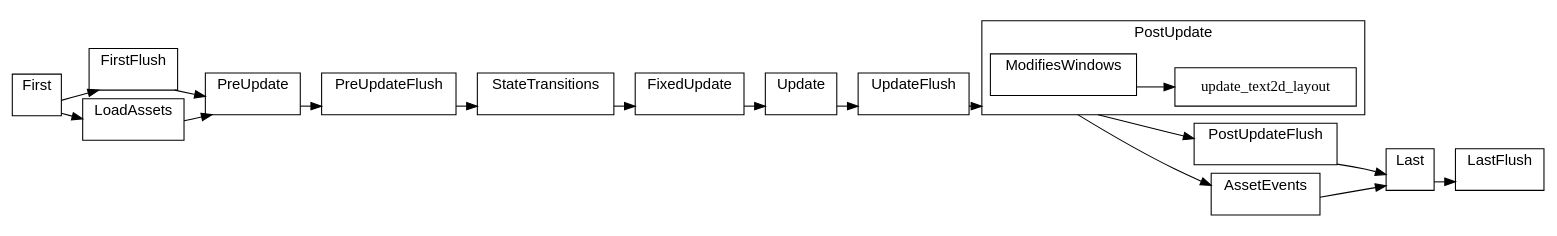
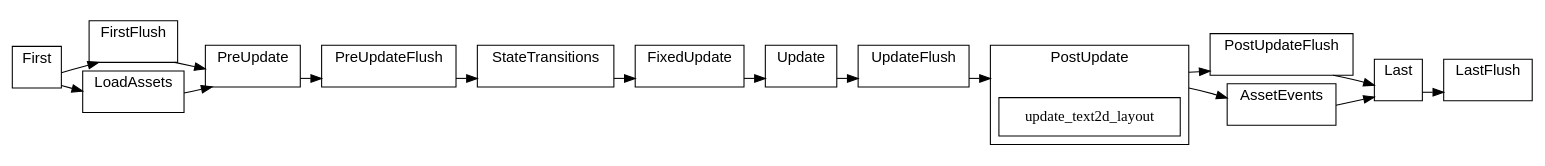
One commit to jakobhellermann/bevy_mod_debugdump changed the diagram in docs/by-crate/light/schedule_Main_bevy_text.dot. Above: the diagram before and after it, drawn with Graphviz. The commit also changed 35 other files, not shown here.

```diff
--- a/docs/by-crate/light/schedule_Main_bevy_text.dot
+++ b/docs/by-crate/light/schedule_Main_bevy_text.dot
@@ -1,116 +1,109 @@
 digraph "schedule" {
 	"compound"="true";
 	"splines"="spline";
 	"rankdir"="LR";
 	"bgcolor"="white";
 	"fontname"="Helvetica";
 	node ["shape"="box", "style"="filled", "fillcolor"="white", "color"="black"];
 	edge ["color"="black"];
 	subgraph "clusternode_Set(0)" {
 		"label"="Update";
 		"bgcolor"="white";
 		"set_marker_node_Set(0)" ["style"="invis", "label"="", "height"="0", "shape"="point"]
 	}
 	
 	subgraph "clusternode_Set(2)" {
 		"label"="FirstFlush";
 		"bgcolor"="white";
 		"set_marker_node_Set(2)" ["style"="invis", "label"="", "height"="0", "shape"="point"]
 	}
 	
 	subgraph "clusternode_Set(3)" {
 		"label"="PreUpdateFlush";
 		"bgcolor"="white";
 		"set_marker_node_Set(3)" ["style"="invis", "label"="", "height"="0", "shape"="point"]
 	}
 	
 	subgraph "clusternode_Set(4)" {
 		"label"="UpdateFlush";
 		"bgcolor"="white";
 		"set_marker_node_Set(4)" ["style"="invis", "label"="", "height"="0", "shape"="point"]
 	}
 	
 	subgraph "clusternode_Set(5)" {
 		"label"="PostUpdateFlush";
 		"bgcolor"="white";
 		"set_marker_node_Set(5)" ["style"="invis", "label"="", "height"="0", "shape"="point"]
 	}
 	
 	subgraph "clusternode_Set(6)" {
 		"label"="LastFlush";
 		"bgcolor"="white";
 		"set_marker_node_Set(6)" ["style"="invis", "label"="", "height"="0", "shape"="point"]
 	}
 	
 	subgraph "clusternode_Set(7)" {
 		"label"="First";
 		"bgcolor"="white";
 		"set_marker_node_Set(7)" ["style"="invis", "label"="", "height"="0", "shape"="point"]
 	}
 	
 	subgraph "clusternode_Set(8)" {
 		"label"="PreUpdate";
 		"bgcolor"="white";
 		"set_marker_node_Set(8)" ["style"="invis", "label"="", "height"="0", "shape"="point"]
 	}
 	
 	subgraph "clusternode_Set(9)" {
 		"label"="StateTransitions";
 		"bgcolor"="white";
 		"set_marker_node_Set(9)" ["style"="invis", "label"="", "height"="0", "shape"="point"]
 	}
 	
 	subgraph "clusternode_Set(10)" {
 		"label"="FixedUpdate";
 		"bgcolor"="white";
 		"set_marker_node_Set(10)" ["style"="invis", "label"="", "height"="0", "shape"="point"]
 	}
 	
 	subgraph "clusternode_Set(11)" {
 		"label"="PostUpdate";
 		"bgcolor"="white";
 		"set_marker_node_Set(11)" ["style"="invis", "label"="", "height"="0", "shape"="point"]
-		subgraph "clusternode_Set(70)" {
-			"label"="ModifiesWindows";
-			"bgcolor"="white";
-			"set_marker_node_Set(70)" ["style"="invis", "label"="", "height"="0", "shape"="point"]
-		}
-		
 		"node_System(94)" ["label"="update_text2d_layout"]
 	}
 	
 	subgraph "clusternode_Set(12)" {
 		"label"="Last";
 		"bgcolor"="white";
 		"set_marker_node_Set(12)" ["style"="invis", "label"="", "height"="0", "shape"="point"]
 	}
 	
 	subgraph "clusternode_Set(58)" {
 		"label"="LoadAssets";
 		"bgcolor"="white";
 		"set_marker_node_Set(58)" ["style"="invis", "label"="", "height"="0", "shape"="point"]
 	}
 	
 	subgraph "clusternode_Set(59)" {
 		"label"="AssetEvents";
 		"bgcolor"="white";
 		"set_marker_node_Set(59)" ["style"="invis", "label"="", "height"="0", "shape"="point"]
 	}
 	
 	"set_marker_node_Set(7)" -> "set_marker_node_Set(2)" ["lhead"="clusternode_Set(2)", "ltail"="clusternode_Set(7)"]
 	"set_marker_node_Set(2)" -> "set_marker_node_Set(8)" ["lhead"="clusternode_Set(8)", "ltail"="clusternode_Set(2)"]
 	"set_marker_node_Set(8)" -> "set_marker_node_Set(3)" ["lhead"="clusternode_Set(3)", "ltail"="clusternode_Set(8)"]
 	"set_marker_node_Set(3)" -> "set_marker_node_Set(9)" ["lhead"="clusternode_Set(9)", "ltail"="clusternode_Set(3)"]
 	"set_marker_node_Set(9)" -> "set_marker_node_Set(10)" ["lhead"="clusternode_Set(10)", "ltail"="clusternode_Set(9)"]
 	"set_marker_node_Set(10)" -> "set_marker_node_Set(0)" ["lhead"="clusternode_Set(0)", "ltail"="clusternode_Set(10)"]
 	"set_marker_node_Set(0)" -> "set_marker_node_Set(4)" ["lhead"="clusternode_Set(4)", "ltail"="clusternode_Set(0)"]
 	"set_marker_node_Set(4)" -> "set_marker_node_Set(11)" ["lhead"="clusternode_Set(11)", "ltail"="clusternode_Set(4)"]
 	"set_marker_node_Set(11)" -> "set_marker_node_Set(5)" ["lhead"="clusternode_Set(5)", "ltail"="clusternode_Set(11)"]
 	"set_marker_node_Set(5)" -> "set_marker_node_Set(12)" ["lhead"="clusternode_Set(12)", "ltail"="clusternode_Set(5)"]
 	"set_marker_node_Set(12)" -> "set_marker_node_Set(6)" ["lhead"="clusternode_Set(6)", "ltail"="clusternode_Set(12)"]
 	"set_marker_node_Set(58)" -> "set_marker_node_Set(8)" ["lhead"="clusternode_Set(8)", "ltail"="clusternode_Set(58)"]
 	"set_marker_node_Set(7)" -> "set_marker_node_Set(58)" ["lhead"="clusternode_Set(58)", "ltail"="clusternode_Set(7)"]
 	"set_marker_node_Set(11)" -> "set_marker_node_Set(59)" ["lhead"="clusternode_Set(59)", "ltail"="clusternode_Set(11)"]
 	"set_marker_node_Set(59)" -> "set_marker_node_Set(12)" ["lhead"="clusternode_Set(12)", "ltail"="clusternode_Set(59)"]
-	"set_marker_node_Set(70)" -> "node_System(94)" ["lhead"="", "ltail"="clusternode_Set(70)"]
 }
```
